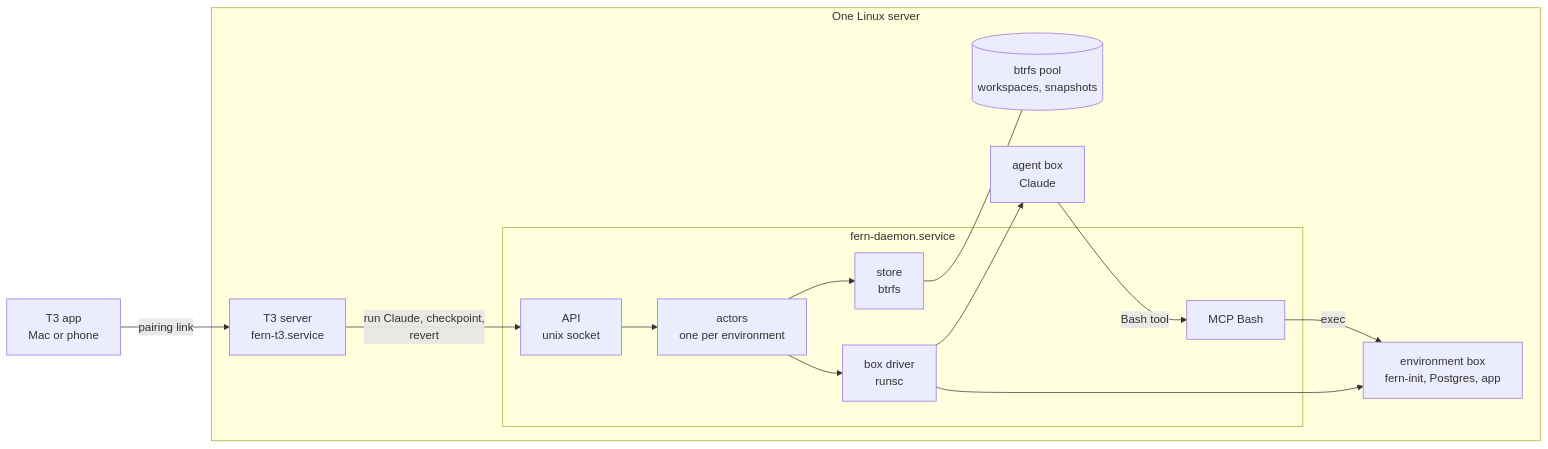
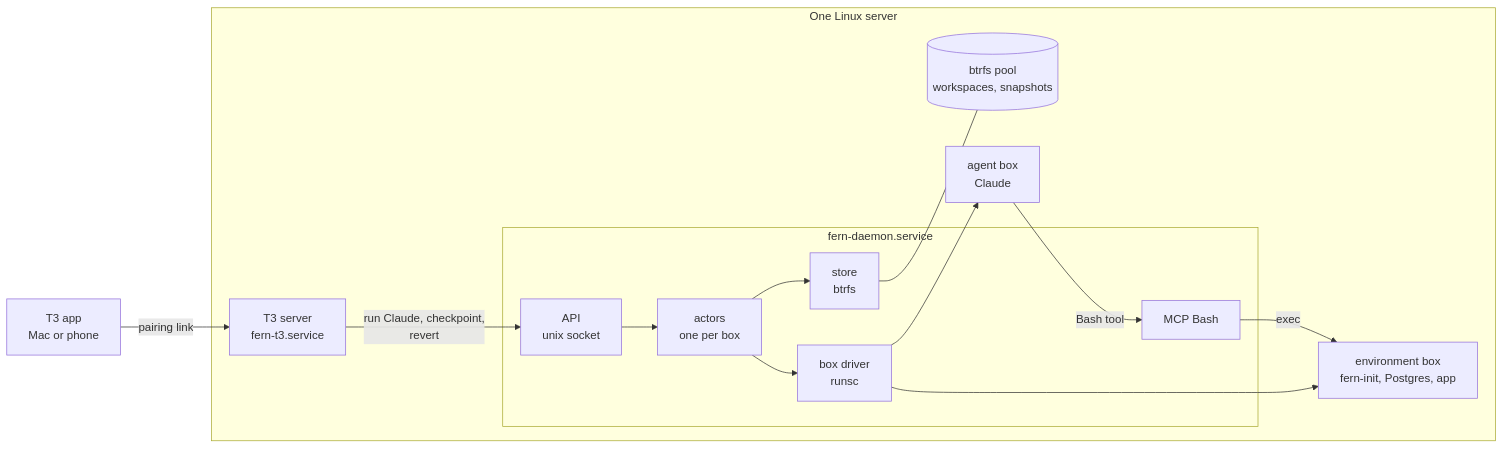
The first of 2 diagrams in README.md (nebler/fern), drawn with Mermaid before and after one commit. The commit also changed other lines of this file and 11 other files, not shown here.

````diff
--- a/README.md
+++ b/README.md
@@ -23,22 +23,22 @@
 ```mermaid
 flowchart LR
     app["T3 app<br/>Mac or phone"] -->|pairing link| t3
 
     subgraph server["One Linux server"]
         t3["T3 server<br/>fern-t3.service"]
 
         subgraph daemon["fern-daemon.service"]
-            api["API<br/>unix socket"] --> actors["actors<br/>one per environment"]
+            api["API<br/>unix socket"] --> actors["actors<br/>one per box"]
             actors --> store["store<br/>btrfs"]
             actors --> runsc["box driver<br/>runsc"]
             mcp["MCP Bash"]
         end
 
         t3 -->|"run Claude, checkpoint,<br/>revert"| api
         runsc --> agent["agent box<br/>Claude"]
         runsc --> box["environment box<br/>fern-init, Postgres, app"]
         agent -->|Bash tool| mcp
         mcp -->|exec| box
         store --- pool[("btrfs pool<br/>workspaces, snapshots")]
     end
 ```
````
